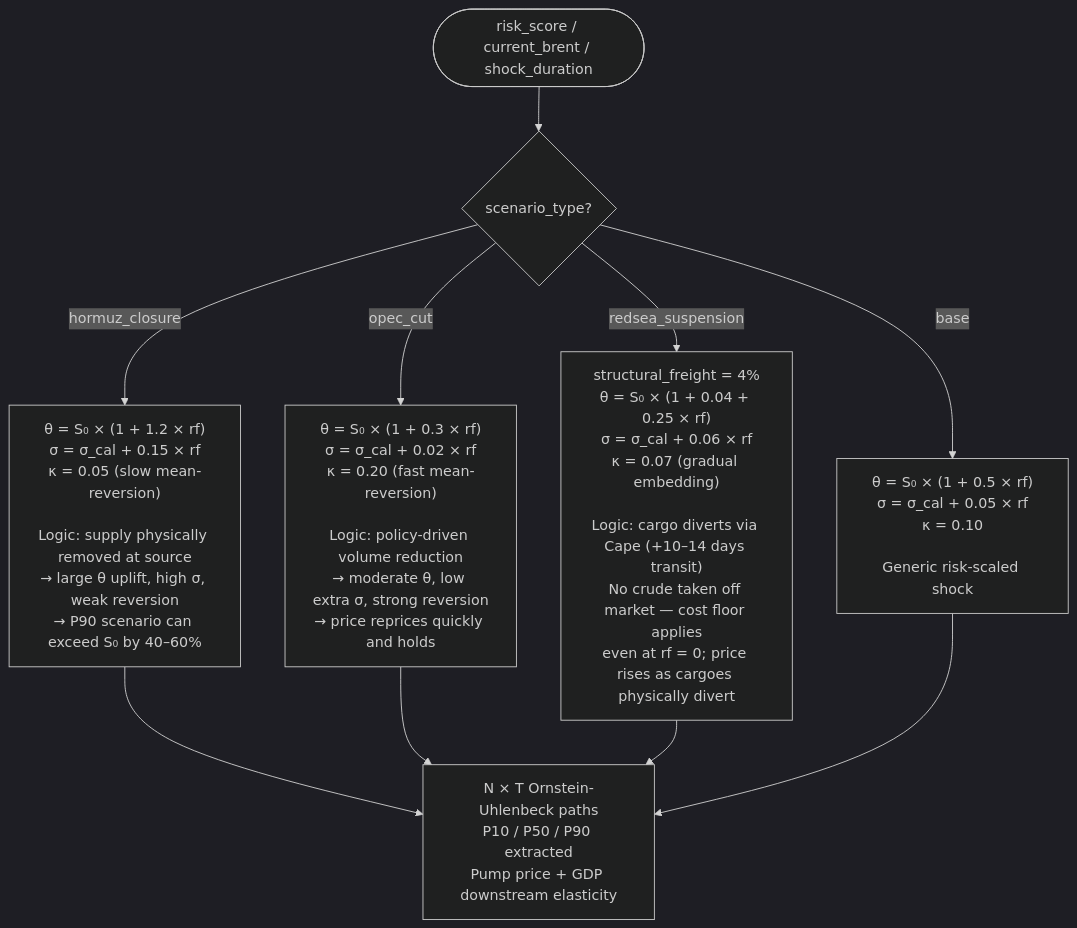
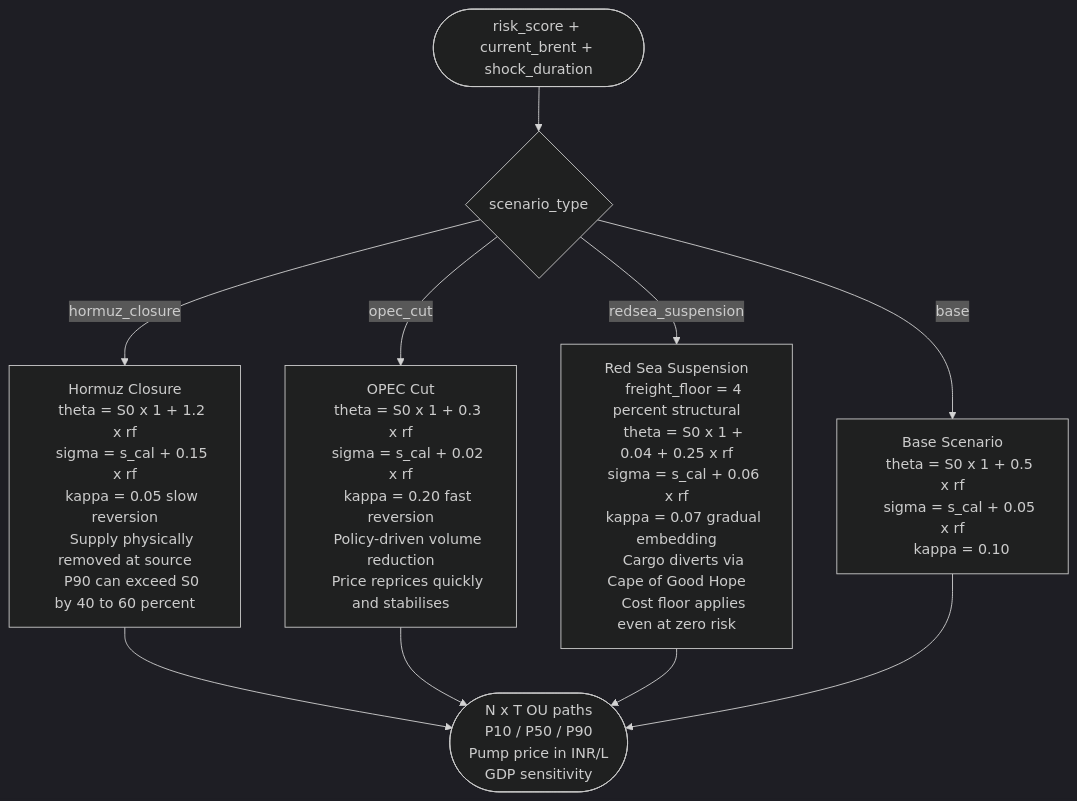
One commit to Adi-2903/PRAVAH-AI-DRIVEN-ENERGY-SUPPLY-CHAIN-RESILIENCE changed the third of 3 diagrams in README.md. Above: the diagram before and after it, drawn with Mermaid (dark theme). The commit also changed other lines of this file, not shown here.

````diff
--- a/README.md
+++ b/README.md
@@ -127,17 +132,39 @@
 ```mermaid
 flowchart TD
-    Input([risk_score / current_brent / shock_duration]) --> Dispatch{scenario_type?}
+    IN(["risk_score + current_brent + shock_duration"]) --> DIS{"scenario_type"}
 
-    Dispatch -->|hormuz_closure| H["θ = S₀ × (1 + 1.2 × rf)\nσ = σ_cal + 0.15 × rf\nκ = 0.05 (slow mean-reversion)\n\nLogic: supply physically removed at source\n→ large θ uplift, high σ, weak reversion\n→ P90 scenario can exceed S₀ by 40–60%"]
+    DIS -->|hormuz_closure| HC["Hormuz Closure
+    theta = S0 x 1 + 1.2 x rf
+    sigma = s_cal + 0.15 x rf
+    kappa = 0.05 slow reversion
+    Supply physically removed at source
+    P90 can exceed S0 by 40 to 60 percent"]
 
-    Dispatch -->|opec_cut| O["θ = S₀ × (1 + 0.3 × rf)\nσ = σ_cal + 0.02 × rf\nκ = 0.20 (fast mean-reversion)\n\nLogic: policy-driven volume reduction\n→ moderate θ, low extra σ, strong reversion\n→ price reprices quickly and holds"]
+    DIS -->|opec_cut| OC["OPEC Cut
+    theta = S0 x 1 + 0.3 x rf
+    sigma = s_cal + 0.02 x rf
+    kappa = 0.20 fast reversion
+    Policy-driven volume reduction
+    Price reprices quickly and stabilises"]
 
-    Dispatch -->|redsea_suspension| R["structural_freight = 4%\nθ = S₀ × (1 + 0.04 + 0.25 × rf)\nσ = σ_cal + 0.06 × rf\nκ = 0.07 (gradual embedding)\n\nLogic: cargo diverts via Cape (+10–14 days transit)\nNo crude taken off market — cost floor applies\neven at rf = 0; price rises as cargoes physically divert"]
+    DIS -->|redsea_suspension| RS["Red Sea Suspension
+    freight_floor = 4 percent structural
+    theta = S0 x 1 + 0.04 + 0.25 x rf
+    sigma = s_cal + 0.06 x rf
+    kappa = 0.07 gradual embedding
+    Cargo diverts via Cape of Good Hope
+    Cost floor applies even at zero risk"]
 
-    Dispatch -->|base| B["θ = S₀ × (1 + 0.5 × rf)\nσ = σ_cal + 0.05 × rf\nκ = 0.10\n\nGeneric risk-scaled shock"]
+    DIS -->|base| BS["Base Scenario
+    theta = S0 x 1 + 0.5 x rf
+    sigma = s_cal + 0.05 x rf
+    kappa = 0.10"]
 
-    H --> MC["N × T Ornstein-Uhlenbeck paths\nP10 / P50 / P90 extracted\nPump price + GDP downstream elasticity"]
-    O --> MC
-    R --> MC
-    B --> MC
+    HC --> MC(["N x T OU paths
+    P10 / P50 / P90
+    Pump price in INR/L
+    GDP sensitivity"])
+    OC --> MC
+    RS --> MC
+    BS --> MC
 ```
````
